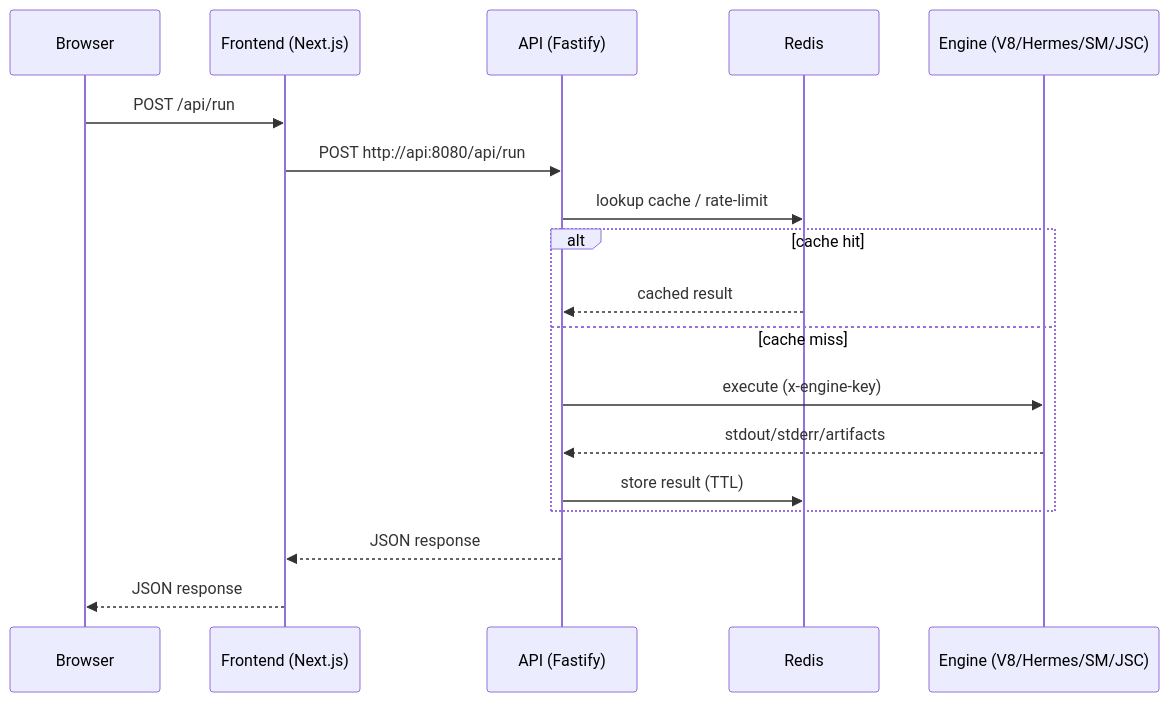
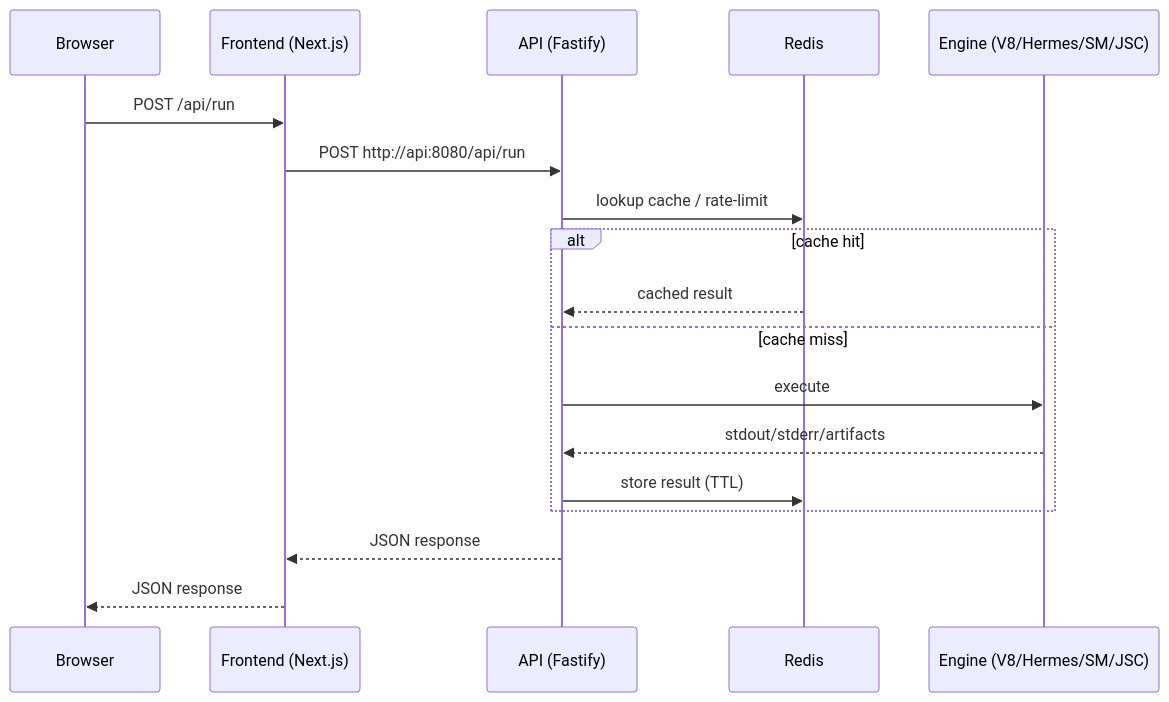
The second of 2 diagrams in docs/infra.md (pavlof01/jslab), drawn with Mermaid before and after one commit. The commit also changed other lines of this file and 30 other files, not shown here.

````diff
--- a/docs/infra.md
+++ b/docs/infra.md
@@ -71,21 +64,21 @@
 ```mermaid
 sequenceDiagram
   participant Browser as Browser
   participant Frontend as Frontend (Next.js)
   participant API as API (Fastify)
   participant Redis as Redis
   participant Engine as Engine (V8/Hermes/SM/JSC)
 
   Browser->>Frontend: POST /api/run
   Frontend->>API: POST http://api:8080/api/run
   API->>Redis: lookup cache / rate-limit
   alt cache hit
     Redis-->>API: cached result
   else cache miss
-    API->>Engine: execute (x-engine-key)
+    API->>Engine: execute
     Engine-->>API: stdout/stderr/artifacts
     API->>Redis: store result (TTL)
   end
   API-->>Frontend: JSON response
   Frontend-->>Browser: JSON response
 ```
````
